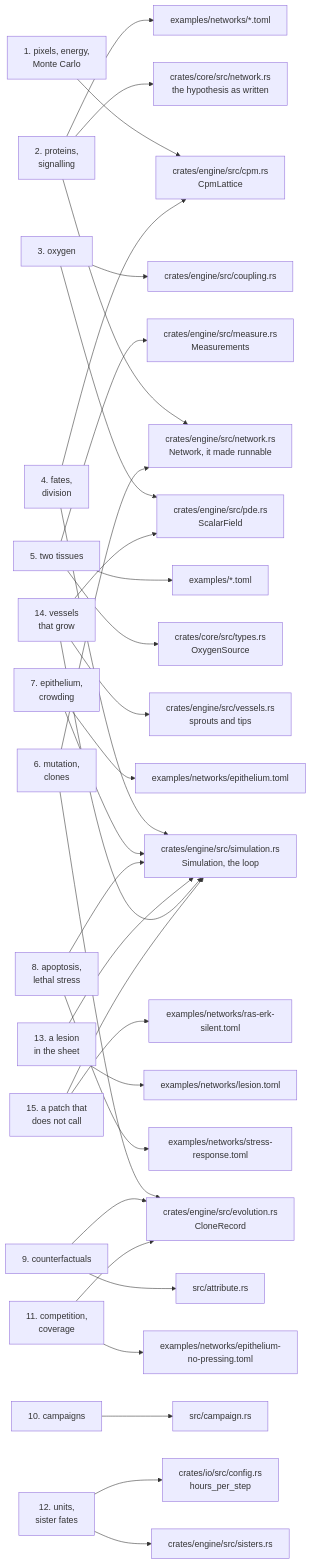
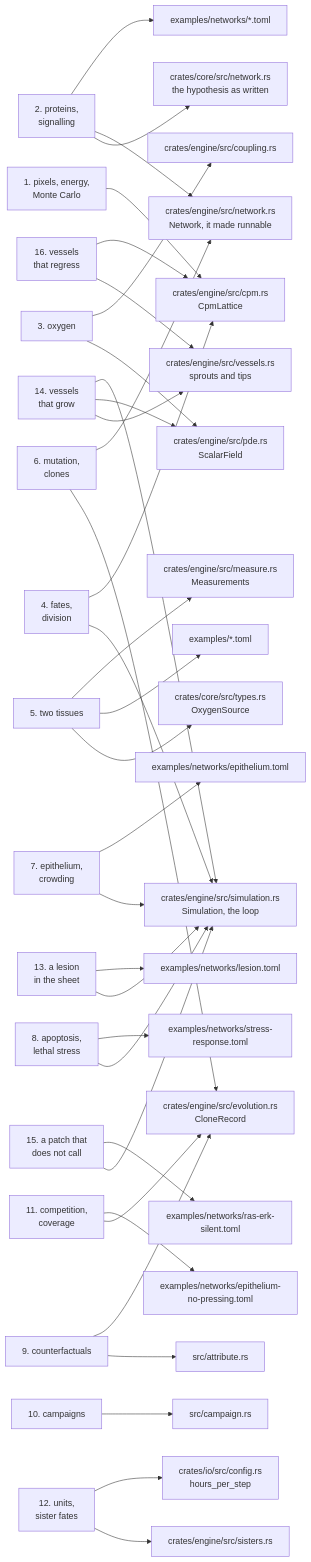
One commit to ngodzik/cellweave changed the diagram in docs/README.md. Above: the diagram before and after it, drawn with Mermaid. The commit also changed other lines of this file and 17 other files, not shown here.

````diff
--- a/docs/README.md
+++ b/docs/README.md
@@ -38,34 +39,36 @@
 ```mermaid
 flowchart LR
     c1["1. pixels, energy,<br/>Monte Carlo"] --> cpm["crates/engine/src/cpm.rs<br/>CpmLattice"]
     c2["2. proteins,<br/>signalling"] --> net["crates/core/src/network.rs<br/>the hypothesis as written"]
     c2 --> run["crates/engine/src/network.rs<br/>Network, it made runnable"]
     c2 --> files["examples/networks/*.toml"]
     c3["3. oxygen"] --> pde["crates/engine/src/pde.rs<br/>ScalarField"]
     c3 --> cpl["crates/engine/src/coupling.rs"]
     c4["4. fates,<br/>division"] --> sim["crates/engine/src/simulation.rs<br/>Simulation, the loop"]
     c4 --> cpm
     c5["5. two tissues"] --> cfg["crates/core/src/types.rs<br/>OxygenSource"]
     c5 --> ex["examples/*.toml"]
     c5 --> mea["crates/engine/src/measure.rs<br/>Measurements"]
     c6["6. mutation,<br/>clones"] --> evo["crates/engine/src/evolution.rs<br/>CloneRecord"]
     c6 --> run
     c7["7. epithelium,<br/>crowding"] --> sim
     c7 --> epi["examples/networks/epithelium.toml"]
     c8["8. apoptosis,<br/>lethal stress"] --> sim
     c8 --> str["examples/networks/stress-response.toml"]
     c9["9. counterfactuals"] --> att["src/attribute.rs"]
     c9 --> evo
     c10["10. campaigns"] --> camp["src/campaign.rs"]
     c11["11. competition,<br/>coverage"] --> evo
     c11 --> nop["examples/networks/epithelium-no-pressing.toml"]
     c12["12. units,<br/>sister fates"] --> sis["crates/engine/src/sisters.rs"]
     c12 --> conf["crates/io/src/config.rs<br/>hours_per_step"]
     c13["13. a lesion<br/>in the sheet"] --> sim
     c13 --> les["examples/networks/lesion.toml"]
     c14["14. vessels<br/>that grow"] --> ves["crates/engine/src/vessels.rs<br/>sprouts and tips"]
     c14 --> pde
     c14 --> sim
     c15["15. a patch that<br/>does not call"] --> sim
     c15 --> sil["examples/networks/ras-erk-silent.toml"]
+    c16["16. vessels<br/>that regress"] --> ves
+    c16 --> cpm
 ```
````
